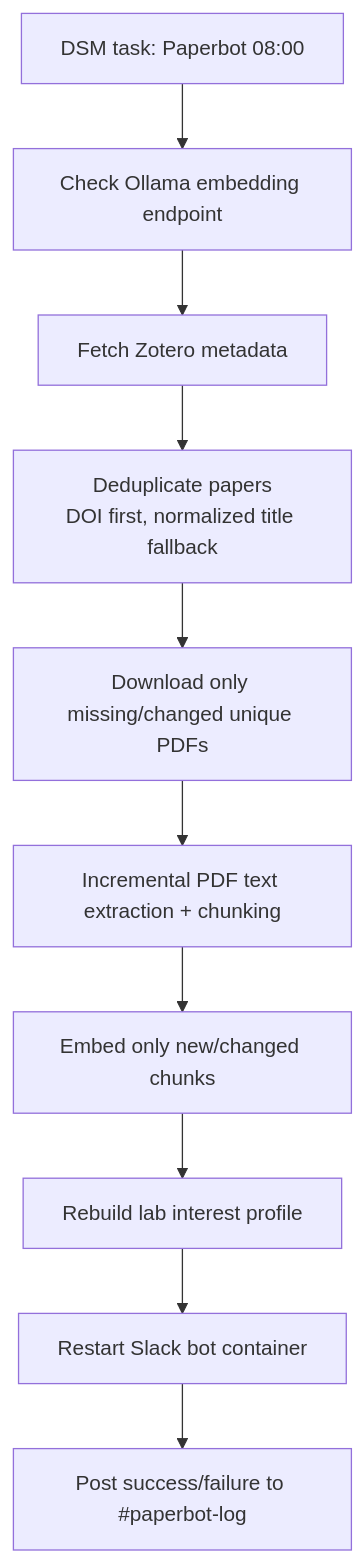
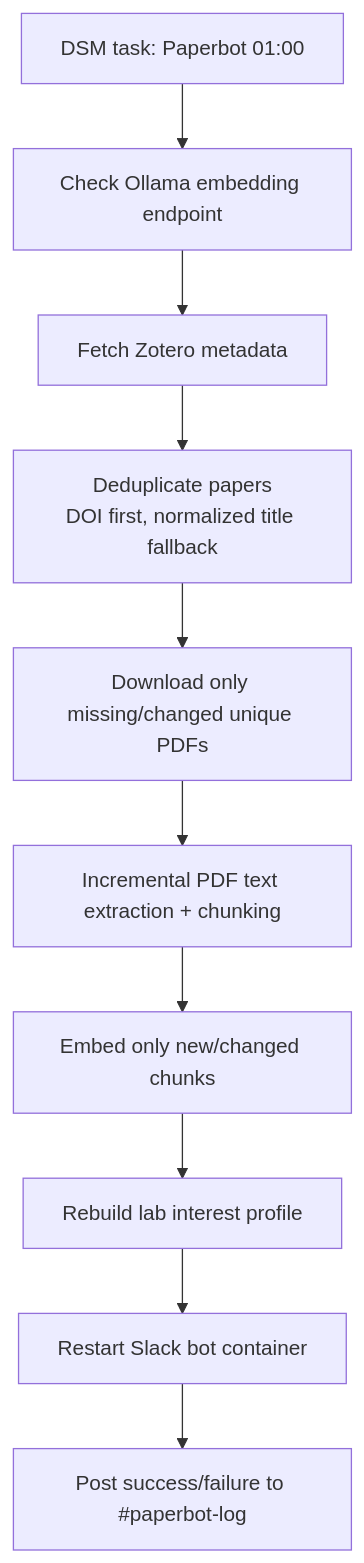
One commit to woolen-yarn/kohdalab-paperbot changed the second of 2 diagrams in README.md. Above: the diagram before and after it, drawn with Mermaid. The commit also changed other lines of this file and 8 other files, not shown here.

````diff
--- a/README.md
+++ b/README.md
@@ -325,12 +329,12 @@
 ```mermaid
 flowchart TD
-  start["DSM task: Paperbot 08:00"] --> check["Check Ollama embedding endpoint"]
+  start["DSM task: Paperbot 01:00"] --> check["Check Ollama embedding endpoint"]
   check --> zotero["Fetch Zotero metadata"]
   zotero --> dedup["Deduplicate papers\nDOI first, normalized title fallback"]
   dedup --> pdf["Download only missing/changed unique PDFs"]
   pdf --> ingest["Incremental PDF text extraction + chunking"]
   ingest --> embed["Embed only new/changed chunks"]
   embed --> profile["Rebuild lab interest profile"]
   profile --> restart["Restart Slack bot container"]
   restart --> notify["Post success/failure to #paperbot-log"]
 ```
````
